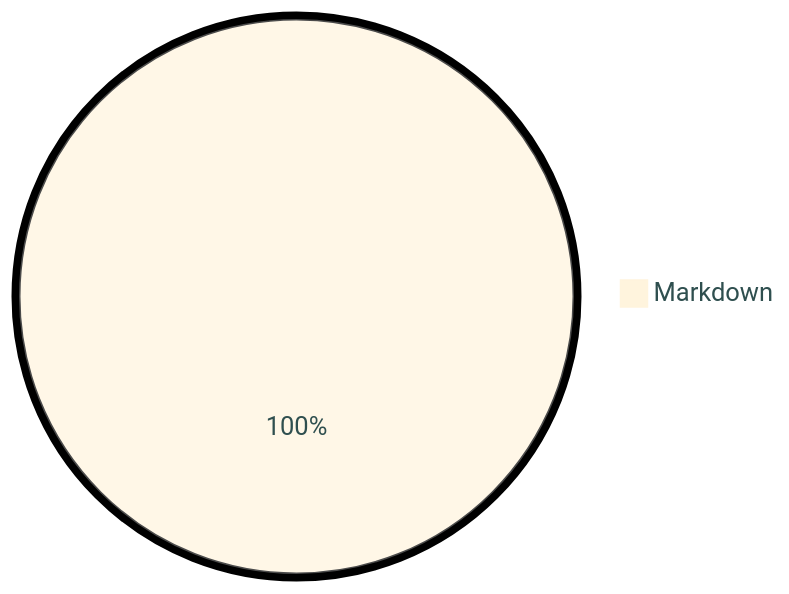
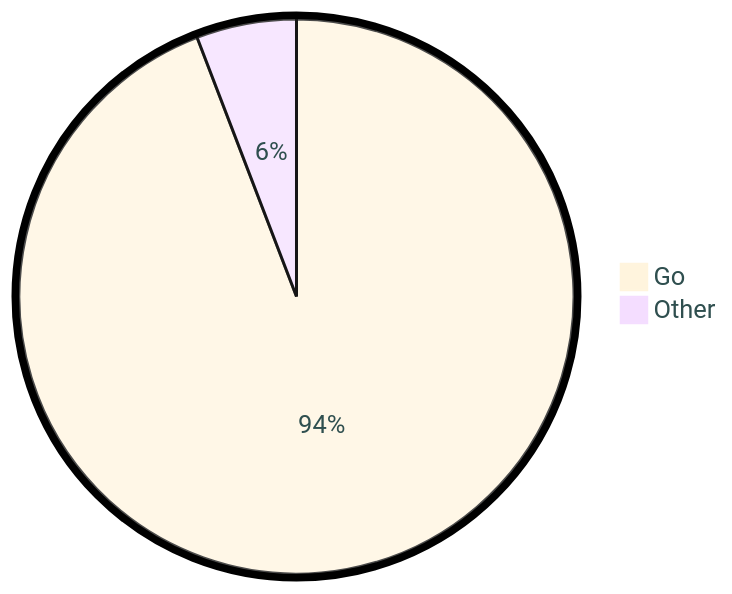
One commit to tot0p/tot0p changed the diagram in README.md. Above: the diagram before and after it, drawn with Mermaid. The commit also changed other lines of this file, not shown here.

````diff
--- a/README.md
+++ b/README.md
@@ -66,5 +69,6 @@
 ```mermaid
 %%{init: {"pie": {"textPosition": 0.5}, "themeVariables": {"pieOuterStrokeWidth": "5px","primaryTextColor" : "#2F4F4F"},"theme":"base"} }%%
 pie
-	"Markdown": 100.0
+	"Go": 94.17
+	"Other": 5.83
 ```
````
